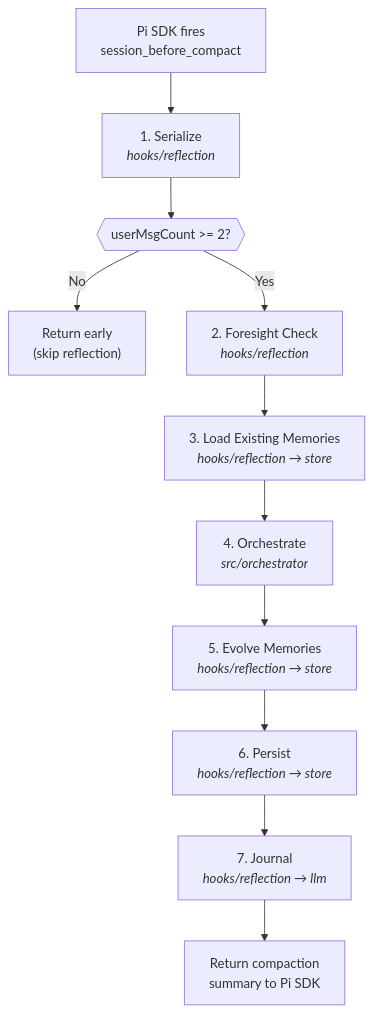
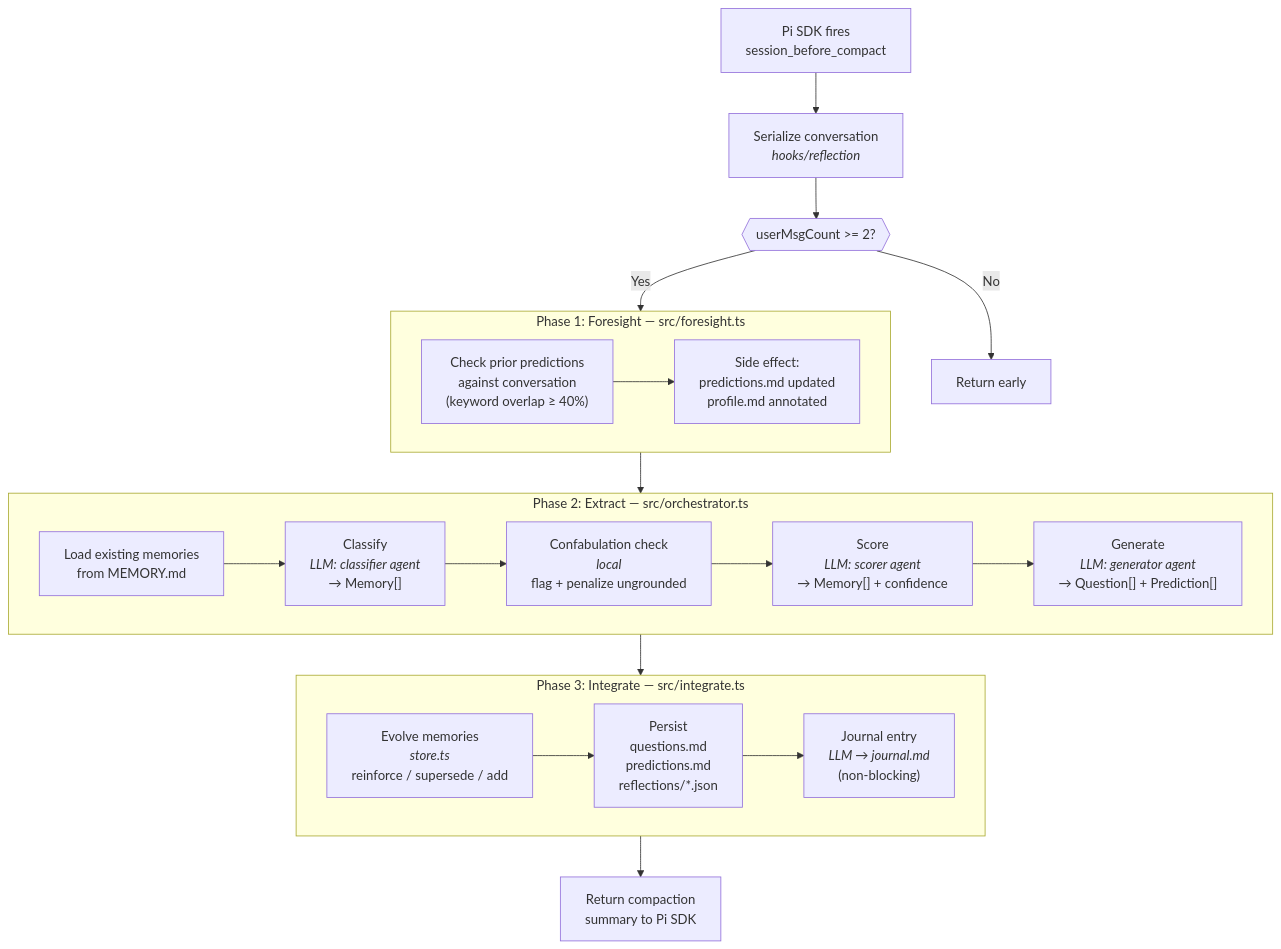
The first of 3 diagrams in .pi/extensions/anamnesis/README.md (JakubSzwajka/lucy), drawn with Mermaid before and after one commit. The commit also changed other lines of this file and 15 other files, not shown here.

Commit message:
Split reflection into three phases and move context loaders into src/context/

````diff
--- a/.pi/extensions/anamnesis/README.md
+++ b/.pi/extensions/anamnesis/README.md
@@ -68,25 +75,35 @@
 ```mermaid
 flowchart TD
     SDK["Pi SDK fires\nsession_before_compact"]
-    SER["1. Serialize\n<i>hooks/reflection</i>"]
+    SER["Serialize conversation\n<i>hooks/reflection</i>"]
     GATE{{"userMsgCount >= 2?"}}
-    SKIP["Return early\n(skip reflection)"]
-    FORE["2. Foresight Check\n<i>hooks/reflection</i>"]
-    LOAD["3. Load Existing Memories\n<i>hooks/reflection → store</i>"]
-    ORCH["4. Orchestrate\n<i>src/orchestrator</i>"]
-    EVOLVE["5. Evolve Memories\n<i>hooks/reflection → store</i>"]
-    PERSIST["6. Persist\n<i>hooks/reflection → store</i>"]
-    JOURNAL["7. Journal\n<i>hooks/reflection → llm</i>"]
+    SKIP["Return early"]
+
+    subgraph P1["Phase 1: Foresight — src/foresight.ts"]
+        FORE["Check prior predictions\nagainst conversation\n(keyword overlap ≥ 40%)"]
+        FORE_OUT["Side effect:\npredictions.md updated\nprofile.md annotated"]
+        FORE --> FORE_OUT
+    end
+
+    subgraph P2["Phase 2: Extract — src/orchestrator.ts"]
+        LOAD["Load existing memories\nfrom MEMORY.md"]
+        CLS["Classify\n<i>LLM: classifier agent</i>\n→ Memory[]"]
+        CONFAB["Confabulation check\n<i>local</i>\nflag + penalize ungrounded"]
+        SCR["Score\n<i>LLM: scorer agent</i>\n→ Memory[] + confidence"]
+        GEN["Generate\n<i>LLM: generator agent</i>\n→ Question[] + Prediction[]"]
+        LOAD --> CLS --> CONFAB --> SCR --> GEN
+    end
+
+    subgraph P3["Phase 3: Integrate — src/integrate.ts"]
+        EVOLVE["Evolve memories\n<i>store.ts</i>\nreinforce / supersede / add"]
+        PERSIST["Persist\nquestions.md\npredictions.md\nreflections/*.json"]
+        JOURNAL["Journal entry\n<i>LLM → journal.md</i>\n(non-blocking)"]
+        EVOLVE --> PERSIST --> JOURNAL
+    end
+
     RET["Return compaction\nsummary to Pi SDK"]
 
-    SDK --> SER
-    SER --> GATE
+    SDK --> SER --> GATE
     GATE -- No --> SKIP
-    GATE -- Yes --> FORE
-    FORE --> LOAD
-    LOAD --> ORCH
-    ORCH --> EVOLVE
-    EVOLVE --> PERSIST
-    PERSIST --> JOURNAL
-    JOURNAL --> RET
+    GATE -- Yes --> P1 --> P2 --> P3 --> RET
 ```
````
